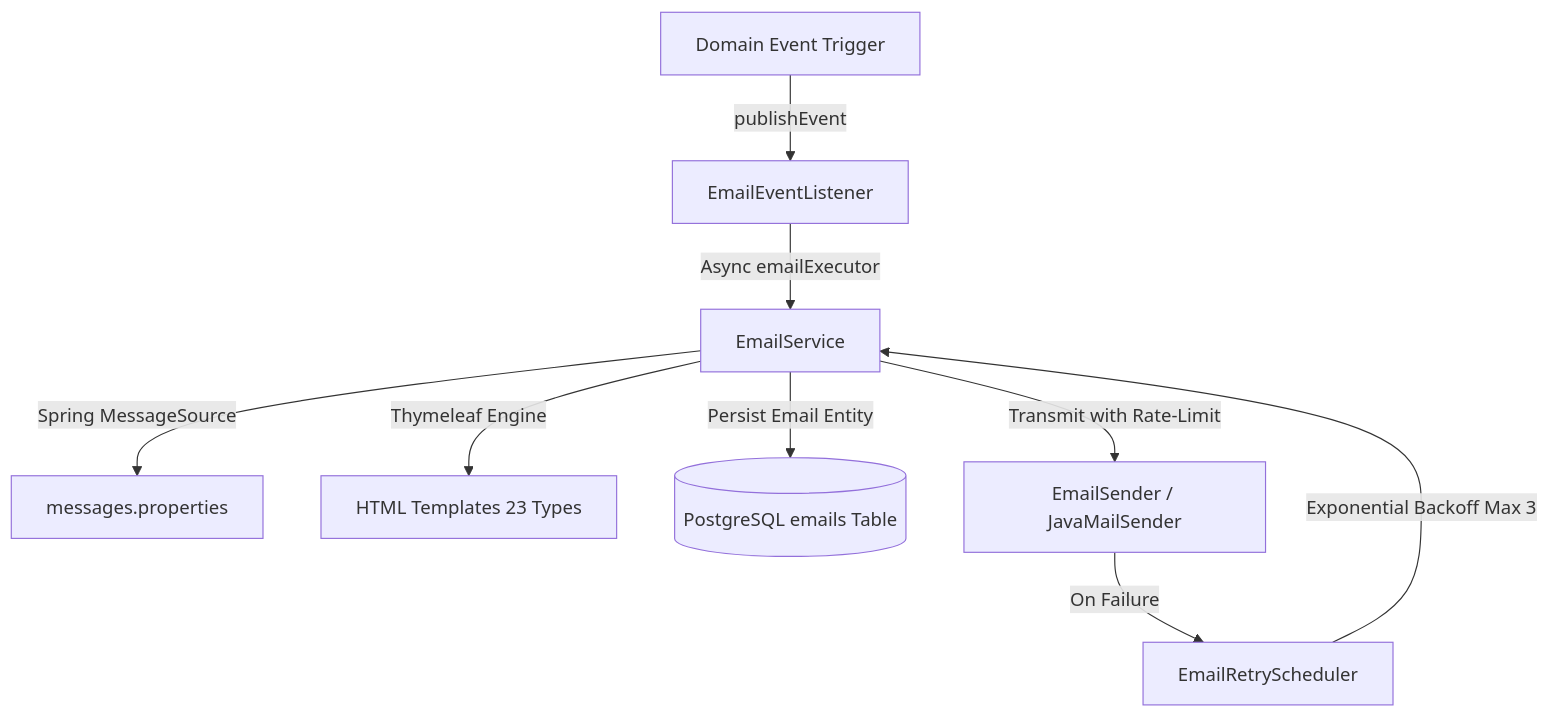
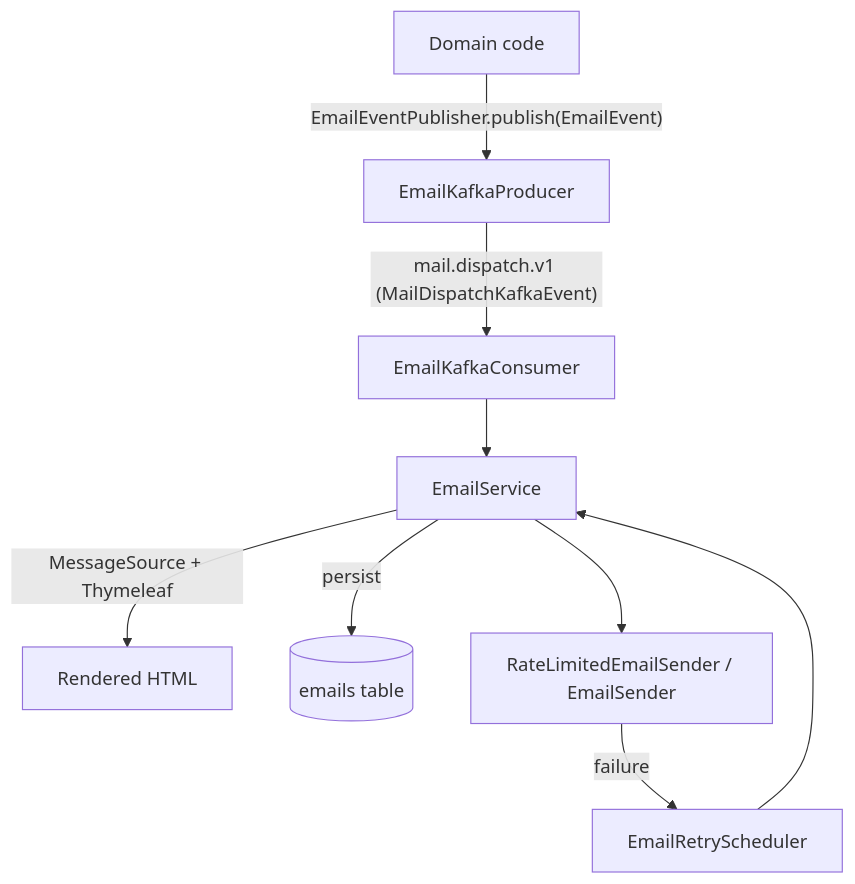
The diagram in src/main/java/com/serhat/secondhand/email/README.md (Shyesilbas/secondHand), drawn with Mermaid before and after one commit. The commit also changed other lines of this file and 611 other files, not shown here.

````diff
--- a/src/main/java/com/serhat/secondhand/email/README.md
+++ b/src/main/java/com/serhat/secondhand/email/README.md
@@ -6,11 +7,11 @@
 ```mermaid
 flowchart TD
-    D[Domain Event Trigger] -->|publishEvent| EL[EmailEventListener]
-    EL -->|Async emailExecutor| ES[EmailService]
-    ES -->|Spring MessageSource| I18N[messages.properties]
-    ES -->|Thymeleaf Engine| T[HTML Templates 23 Types]
-    ES -->|Persist Email Entity| DB[(PostgreSQL emails Table)]
-    ES -->|Transmit with Rate-Limit| SM[EmailSender / JavaMailSender]
-    SM -->|On Failure| RS[EmailRetryScheduler]
-    RS -->|Exponential Backoff Max 3| ES
+    D[Domain code] -->|"EmailEventPublisher.publish(EmailEvent)"| P[EmailKafkaProducer]
+    P -->|"mail.dispatch.v1 (MailDispatchKafkaEvent)"| C[EmailKafkaConsumer]
+    C --> ES[EmailService]
+    ES -->|MessageSource + Thymeleaf| T[Rendered HTML]
+    ES -->|persist| DB[(emails table)]
+    ES --> S[RateLimitedEmailSender / EmailSender]
+    S -->|failure| R[EmailRetryScheduler]
+    R --> ES
 ```
````
